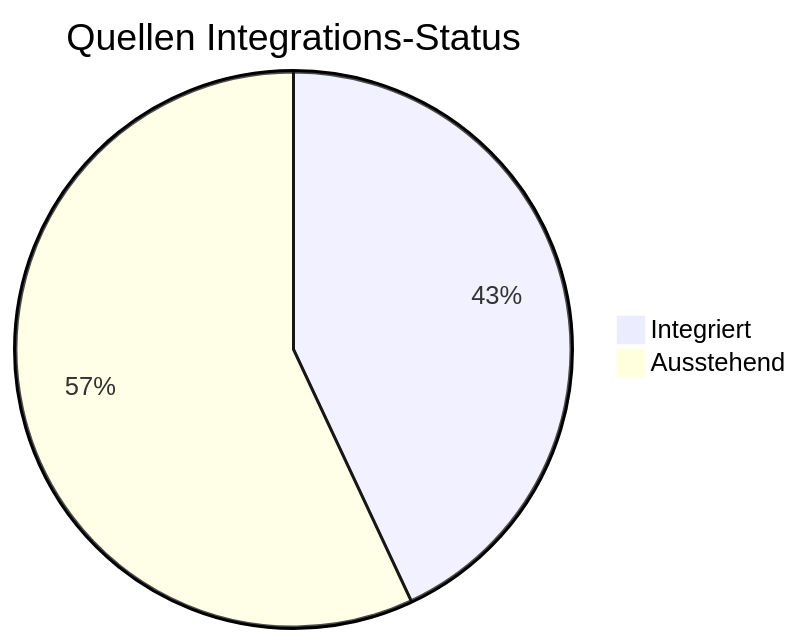
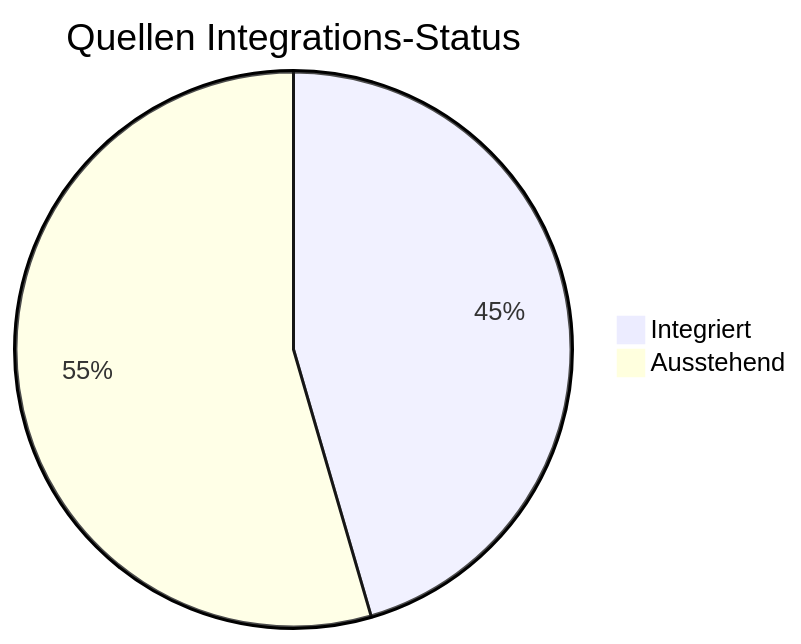
Before and after one commit to Siebenwind/7w_wiki: the first of 4 diagrams in Siebenwind_Wiki/10_Archiv/Wiki_Statistiken.md, drawn with Mermaid. The commit also changed other lines of this file and 4 other files, not shown here.

````diff
--- a/Siebenwind_Wiki/10_Archiv/Wiki_Statistiken.md
+++ b/Siebenwind_Wiki/10_Archiv/Wiki_Statistiken.md
@@ -24,5 +24,5 @@
 ```mermaid
 pie title Quellen Integrations-Status
-    "Integriert" : 105
-    "Ausstehend" : 139
+    "Integriert" : 111
+    "Ausstehend" : 133
 ```
````
